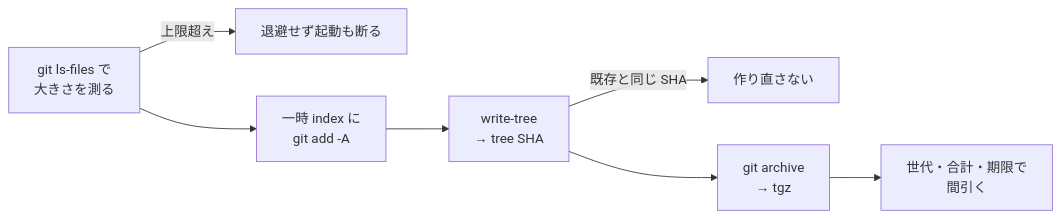
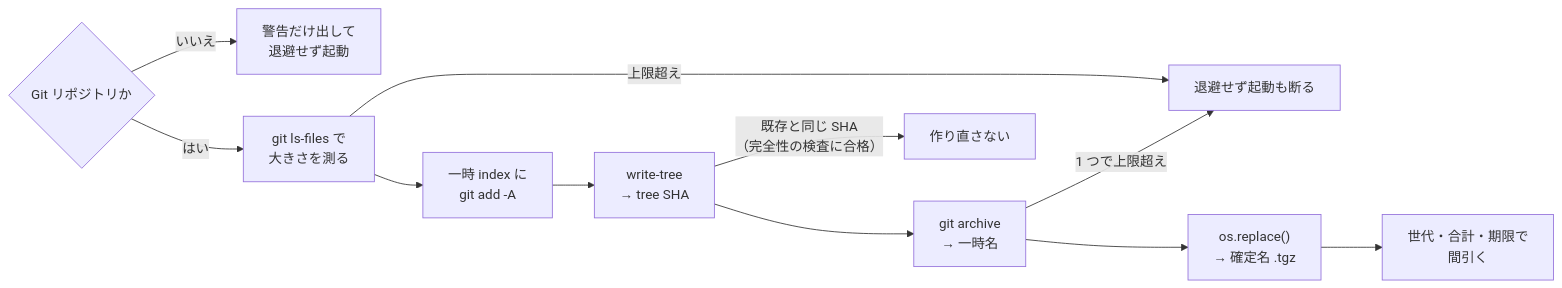
One commit to applejxd/dotfiles changed the fourth of 4 diagrams in docs/spec/opencode-sandbox.md. Above: the diagram before and after it, drawn with Mermaid. The commit also changed other lines of this file and 10 other files, not shown here.

````diff
--- a/docs/spec/opencode-sandbox.md
+++ b/docs/spec/opencode-sandbox.md
@@ -328,9 +413,13 @@
 ```mermaid
 flowchart LR
+    G{"Git リポジトリか"} -->|"いいえ"| WARN["警告だけ出して<br>退避せず起動"]
+    G -->|"はい"| A
     A["git ls-files で<br>大きさを測る"] -->|"上限超え"| STOP["退避せず起動も断る"]
     A --> B["一時 index に<br>git add -A"]
     B --> C["write-tree<br>→ tree SHA"]
-    C -->|"既存と同じ SHA"| SKIP["作り直さない"]
-    C --> D["git archive<br>→ tgz"]
-    D --> E["世代・合計・期限で<br>間引く"]
+    C -->|"既存と同じ SHA<br>（完全性の検査に合格）"| SKIP["作り直さない"]
+    C --> D["git archive<br>→ 一時名"]
+    D -->|"1 つで上限超え"| STOP
+    D --> F["os.replace()<br>→ 確定名 .tgz"]
+    F --> E["世代・合計・期限で<br>間引く"]
 ```
````
